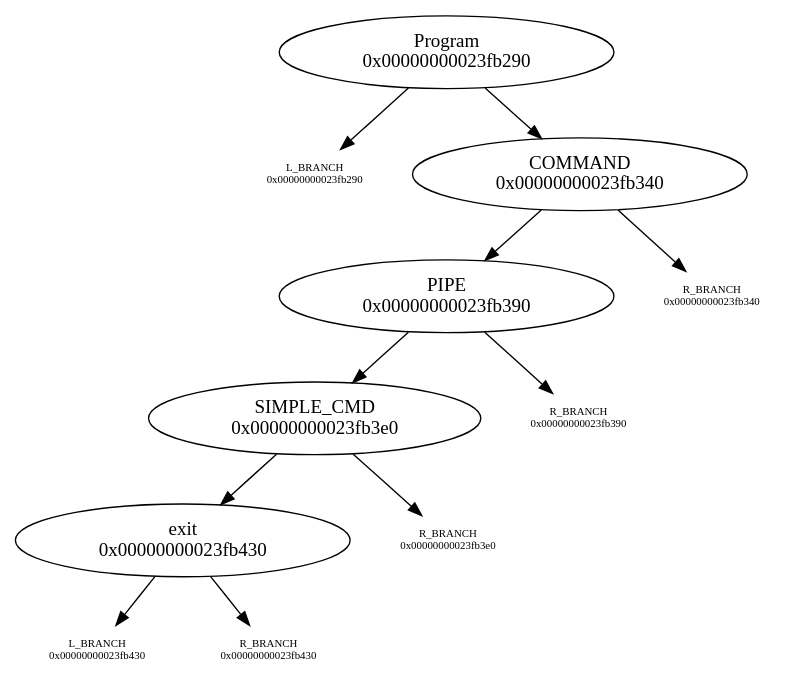
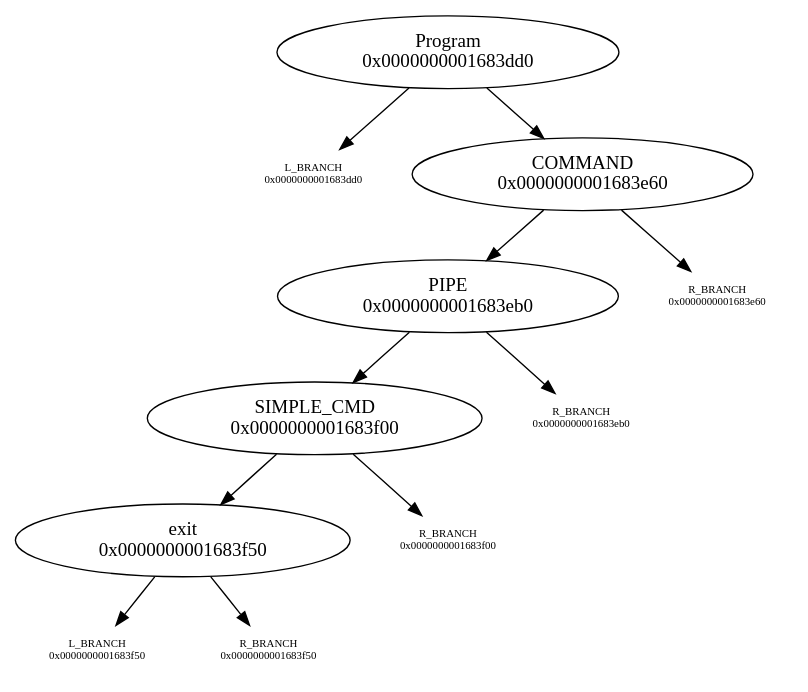
Before and after one commit to N-4-Nina/Minishell: the diagram in graph.dot, drawn with Graphviz. The commit also changed 3 other files, not shown here.

```diff
--- a/graph.dot
+++ b/graph.dot
@@ -1,19 +1,19 @@
 digraph graphname {
-"Program\n0x00000000023fb290" -> "L_BRANCH\n0x00000000023fb290";
-"L_BRANCH\n0x00000000023fb290" [shape=none fontsize=8]
-"Program\n0x00000000023fb290" -> "COMMAND\n0x00000000023fb340";
-"COMMAND\n0x00000000023fb340" -> "PIPE\n0x00000000023fb390";
-"COMMAND\n0x00000000023fb340" -> "R_BRANCH\n0x00000000023fb340";
-"R_BRANCH\n0x00000000023fb340" [shape=none fontsize=8]
-"PIPE\n0x00000000023fb390" -> "SIMPLE_CMD\n0x00000000023fb3e0";
-"PIPE\n0x00000000023fb390" -> "R_BRANCH\n0x00000000023fb390";
-"R_BRANCH\n0x00000000023fb390" [shape=none fontsize=8]
-"SIMPLE_CMD\n0x00000000023fb3e0" -> "exit\n0x00000000023fb430";
-"SIMPLE_CMD\n0x00000000023fb3e0" -> "R_BRANCH\n0x00000000023fb3e0";
-"R_BRANCH\n0x00000000023fb3e0" [shape=none fontsize=8]
-"exit\n0x00000000023fb430" -> "L_BRANCH\n0x00000000023fb430";
-"L_BRANCH\n0x00000000023fb430" [shape=none fontsize=8]
-"exit\n0x00000000023fb430" -> "R_BRANCH\n0x00000000023fb430";
-"R_BRANCH\n0x00000000023fb430" [shape=none fontsize=8]
+"Program\n0x0000000001683dd0" -> "L_BRANCH\n0x0000000001683dd0";
+"L_BRANCH\n0x0000000001683dd0" [shape=none fontsize=8]
+"Program\n0x0000000001683dd0" -> "COMMAND\n0x0000000001683e60";
+"COMMAND\n0x0000000001683e60" -> "PIPE\n0x0000000001683eb0";
+"COMMAND\n0x0000000001683e60" -> "R_BRANCH\n0x0000000001683e60";
+"R_BRANCH\n0x0000000001683e60" [shape=none fontsize=8]
+"PIPE\n0x0000000001683eb0" -> "SIMPLE_CMD\n0x0000000001683f00";
+"PIPE\n0x0000000001683eb0" -> "R_BRANCH\n0x0000000001683eb0";
+"R_BRANCH\n0x0000000001683eb0" [shape=none fontsize=8]
+"SIMPLE_CMD\n0x0000000001683f00" -> "exit\n0x0000000001683f50";
+"SIMPLE_CMD\n0x0000000001683f00" -> "R_BRANCH\n0x0000000001683f00";
+"R_BRANCH\n0x0000000001683f00" [shape=none fontsize=8]
+"exit\n0x0000000001683f50" -> "L_BRANCH\n0x0000000001683f50";
+"L_BRANCH\n0x0000000001683f50" [shape=none fontsize=8]
+"exit\n0x0000000001683f50" -> "R_BRANCH\n0x0000000001683f50";
+"R_BRANCH\n0x0000000001683f50" [shape=none fontsize=8]
 
 }
```
